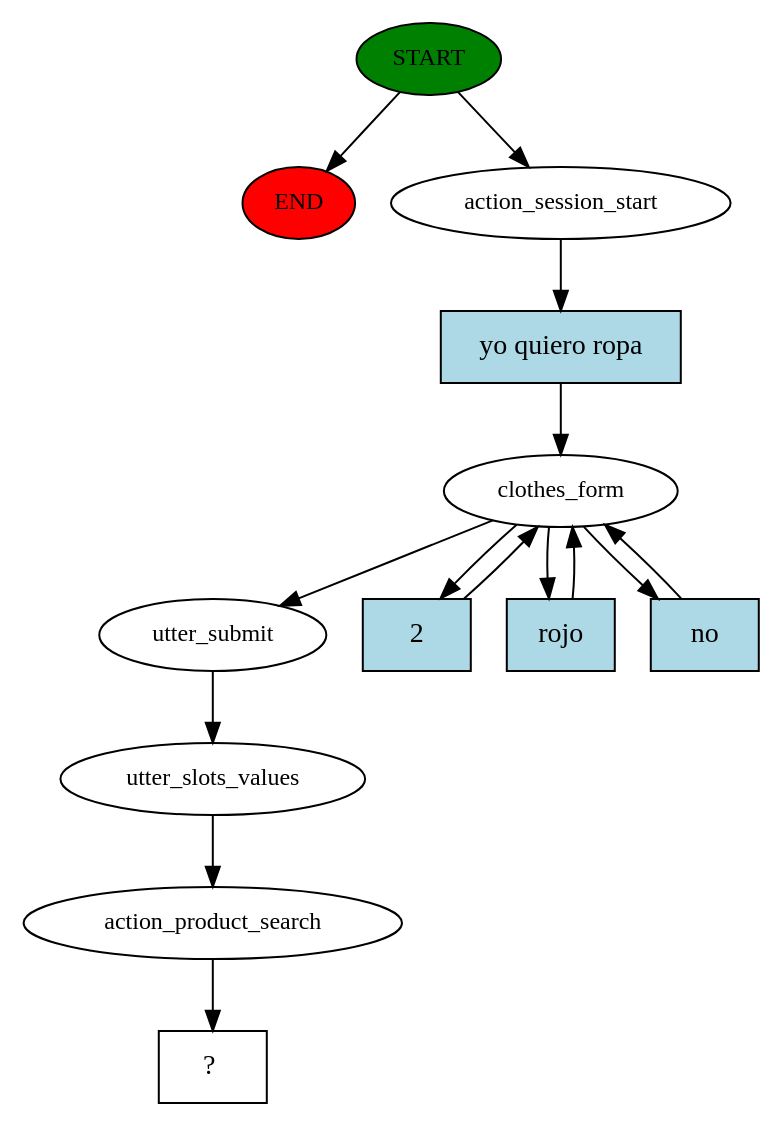
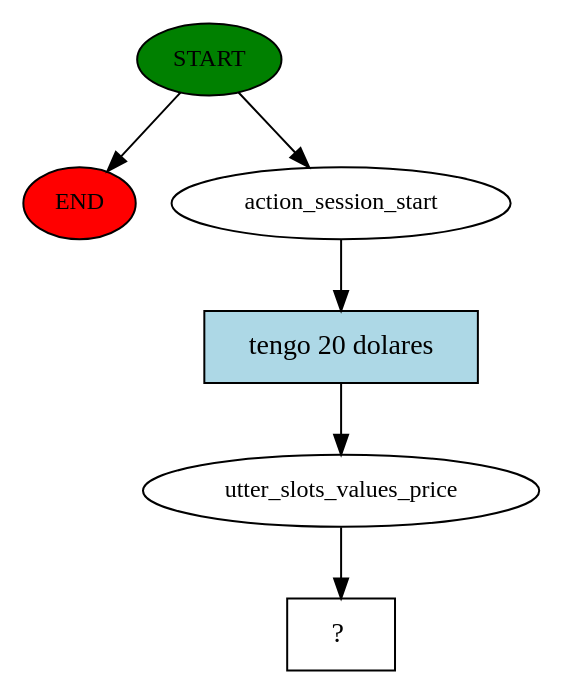
One commit to kabirivan/ChatBot-Clothes changed the diagram in chatbot/story_graph.dot. Above: the diagram before and after it, drawn with Graphviz. The commit also changed 5 other files, not shown here.

```diff
--- a/chatbot/story_graph.dot
+++ b/chatbot/story_graph.dot
@@ -1,28 +1,13 @@
 digraph  {
 0 [class="start active", fillcolor=green, fontsize=12, label=START, style=filled];
 "-1" [class=end, fillcolor=red, fontsize=12, label=END, style=filled];
 1 [class=active, fontsize=12, label=action_session_start];
-2 [class=active, fontsize=12, label=clothes_form];
-8 [class=active, fontsize=12, label=utter_submit];
-9 [class=active, fontsize=12, label=utter_slots_values];
-10 [class=active, fontsize=12, label=action_product_search];
-11 [class="intent dashed active", label="  ?  ", shape=rect];
-12 [class="intent active", fillcolor=lightblue, label="yo quiero ropa", shape=rect, style=filled];
-13 [class="intent active", fillcolor=lightblue, label=2, shape=rect, style=filled];
-14 [class="intent active", fillcolor=lightblue, label=rojo, shape=rect, style=filled];
-15 [class="intent active", fillcolor=lightblue, label=no, shape=rect, style=filled];
+2 [class=active, fontsize=12, label=utter_slots_values_price];
+3 [class="intent dashed active", label="  ?  ", shape=rect];
+4 [class="intent active", fillcolor=lightblue, label="tengo 20 dolares", shape=rect, style=filled];
 0 -> "-1"  [class="", key=NONE, label=""];
 0 -> 1  [class=active, key=NONE, label=""];
-1 -> 12  [class=active, key=0];
-2 -> 8  [class=active, key=NONE, label=""];
-2 -> 13  [class=active, key=0];
-2 -> 14  [class=active, key=0];
-2 -> 15  [class=active, key=0];
-8 -> 9  [class=active, key=NONE, label=""];
-9 -> 10  [class=active, key=NONE, label=""];
-10 -> 11  [class=active, key=NONE, label=""];
-12 -> 2  [class=active, key=0];
-13 -> 2  [class=active, key=0];
-14 -> 2  [class=active, key=0];
-15 -> 2  [class=active, key=0];
+1 -> 4  [class=active, key=0];
+2 -> 3  [class=active, key=NONE, label=""];
+4 -> 2  [class=active, key=0];
 }
```
